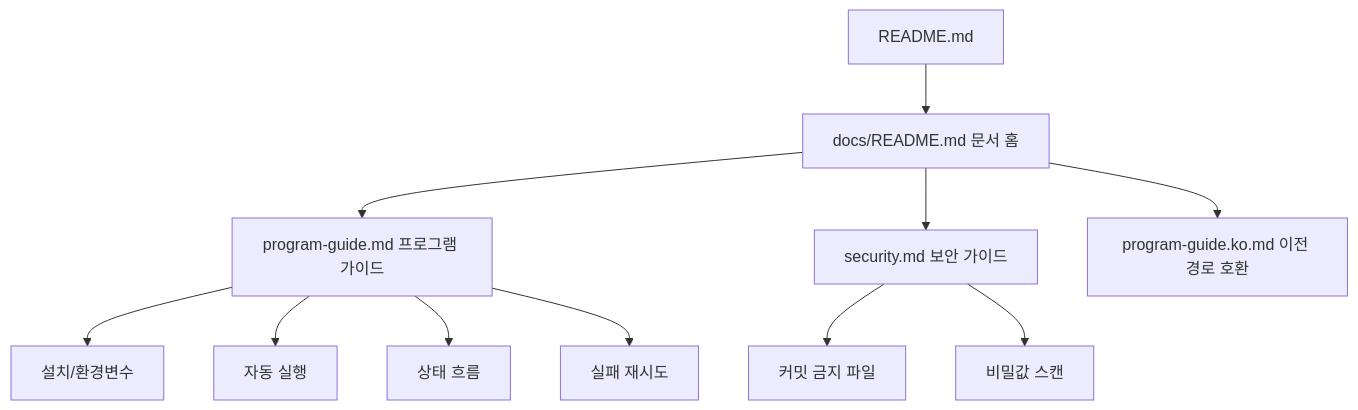
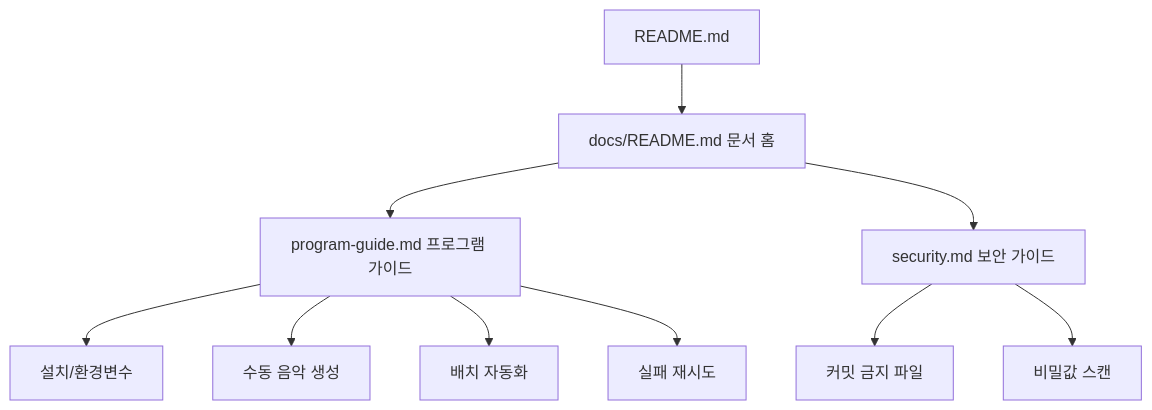
One commit to ddonggi/autoMusic changed the diagram in docs/README.md. Above: the diagram before and after it, drawn with Mermaid. The commit also changed other lines of this file and 45 other files, not shown here.

````diff
--- a/docs/README.md
+++ b/docs/README.md
@@ -15,13 +14,12 @@
 ```mermaid
 flowchart TD
     A[README.md] --> B[docs/README.md 문서 홈]
     B --> C[program-guide.md 프로그램 가이드]
     B --> D[security.md 보안 가이드]
-    B --> E[program-guide.ko.md 이전 경로 호환]
-    C --> F[설치/환경변수]
-    C --> G[자동 실행]
-    C --> H[상태 흐름]
-    C --> I[실패 재시도]
-    D --> J[커밋 금지 파일]
-    D --> K[비밀값 스캔]
+    C --> E[설치/환경변수]
+    C --> F[수동 음악 생성]
+    C --> G[배치 자동화]
+    C --> H[실패 재시도]
+    D --> I[커밋 금지 파일]
+    D --> J[비밀값 스캔]
 ```
````
